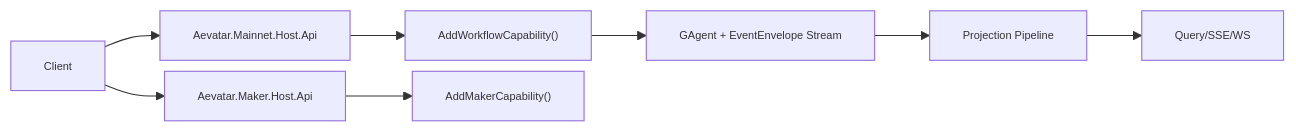
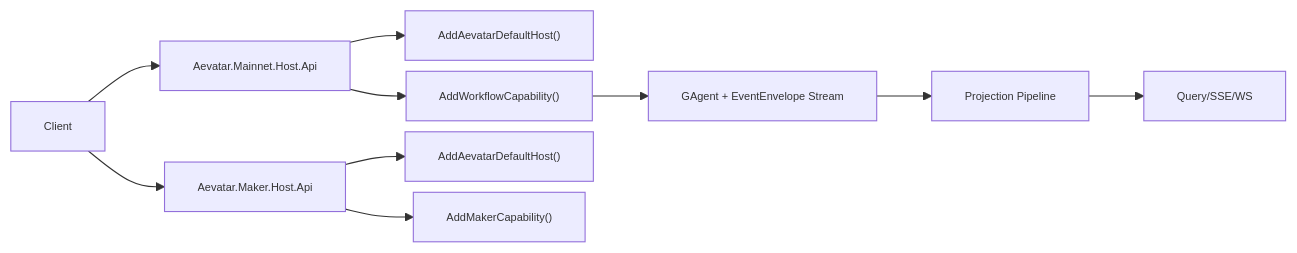
One commit to aevatarAI/aevatar changed the diagram in docs/PLATFORM_ACTOR_STREAM_REFACTOR_PLAN.md. Above: the diagram before and after it, drawn with Mermaid. The commit also changed other lines of this file and 24 other files, not shown here.

First line of the commit message:
Refactor Aevatar architecture to unify capability integration

````diff
--- a/docs/PLATFORM_ACTOR_STREAM_REFACTOR_PLAN.md
+++ b/docs/PLATFORM_ACTOR_STREAM_REFACTOR_PLAN.md
@@ -21,12 +21,14 @@
 ```mermaid
 %%{init: {"maxTextSize": 100000, "flowchart": {"useMaxWidth": false, "nodeSpacing": 10, "rankSpacing": 50}, "themeVariables": {"fontSize": "10px"}}}%%
 flowchart LR
     C["Client"] --> MH["Aevatar.Mainnet.Host.Api"]
+    MH --> DH["AddAevatarDefaultHost()"]
     MH --> MW["AddWorkflowCapability()"]
     MW --> ACT["GAgent + EventEnvelope Stream"]
     ACT --> PP["Projection Pipeline"]
     PP --> Q["Query/SSE/WS"]
 
     C --> KH["Aevatar.Maker.Host.Api"]
+    KH --> KDH["AddAevatarDefaultHost()"]
     KH --> MK["AddMakerCapability()"]
 ```
````
